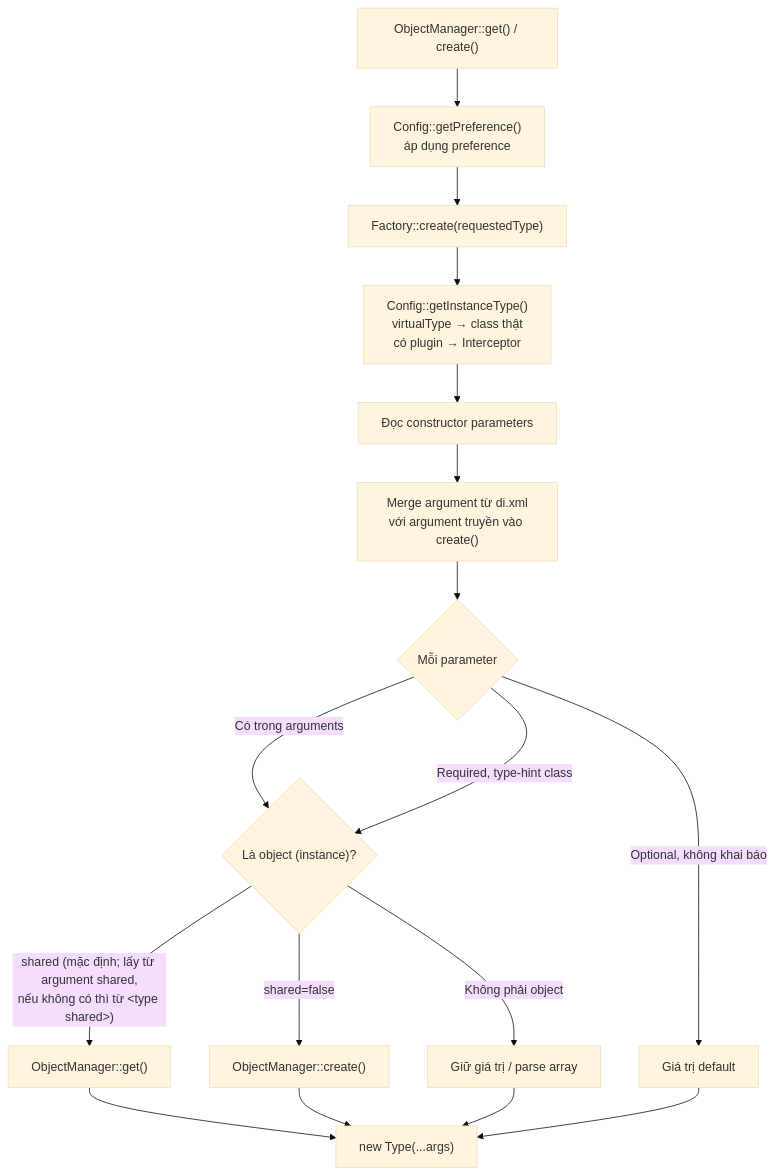
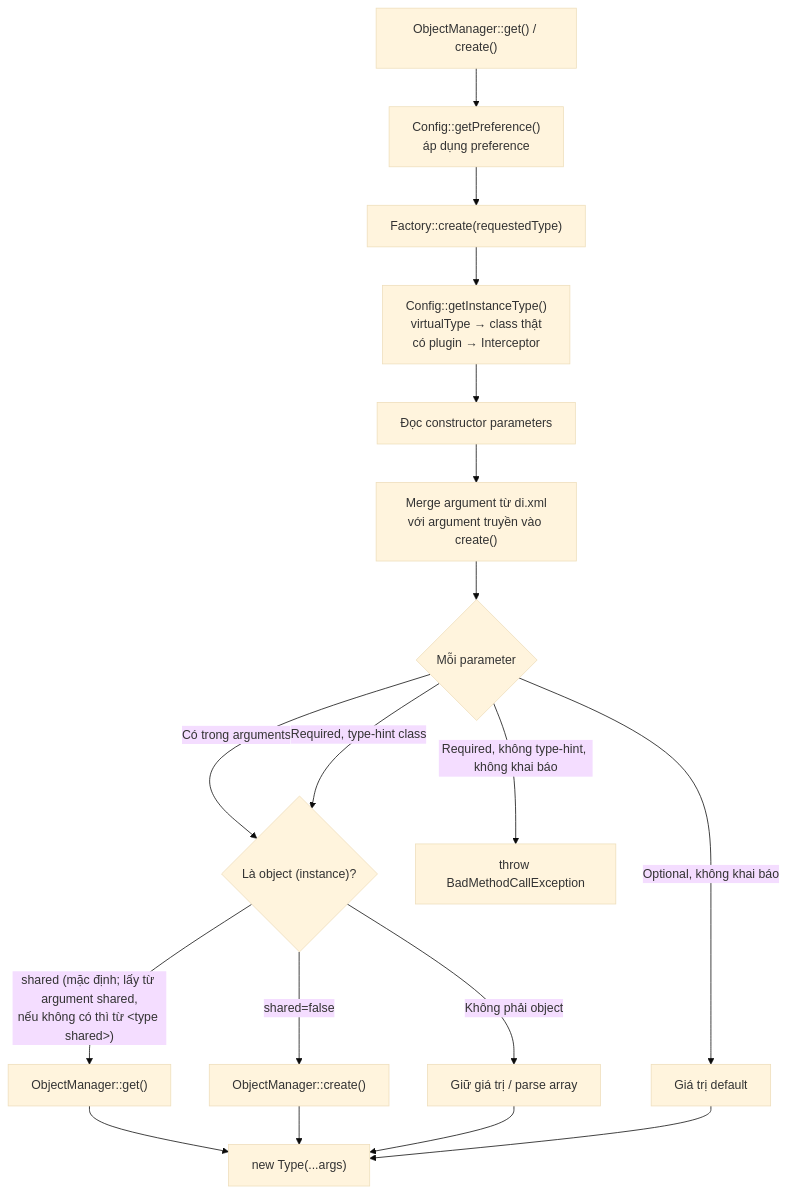
The diagram in Dev Docs/10. Magento/10. Knowledge Base/Architecture/DI & Interceptors/Dependency injection configuration.md (dpnam03/dev-doc), drawn with Mermaid (base theme) before and after one commit. The commit also changed other lines of this file and 41 other files, not shown here.

First line of the commit message:
magento-base-knowledge-architecture - Review and fix Architecture docs against Magento 2.4.8-p5

````diff
--- a/Dev Docs/10. Magento/10. Knowledge Base/Architecture/DI & Interceptors/Dependency injection configuration.md
+++ b/Dev Docs/10. Magento/10. Knowledge Base/Architecture/DI & Interceptors/Dependency injection configuration.md
@@ -95,19 +95,20 @@
 ```mermaid
 flowchart TD
     A["ObjectManager::get() / create()"] --> B["Config::getPreference()<br/>áp dụng preference"]
     B --> C["Factory::create(requestedType)"]
     C --> D["Config::getInstanceType()<br/>virtualType → class thật<br/>có plugin → Interceptor"]
     D --> E["Đọc constructor parameters"]
     E --> F["Merge argument từ di.xml<br/>với argument truyền vào create()"]
     F --> G{"Mỗi parameter"}
     G -- "Có trong arguments" --> H{"Là object (instance)?"}
     G -- "Required, type-hint class" --> H
     G -- "Optional, không khai báo" --> J["Giá trị default"]
+    G -- "Required, không type-hint, không khai báo" --> X["throw BadMethodCallException"]
     H -- "shared (mặc định; lấy từ argument shared,<br/>nếu không có thì từ &lt;type shared&gt;)" --> L["ObjectManager::get()"]
     H -- "shared=false" --> M["ObjectManager::create()"]
     H -- "Không phải object" --> N["Giữ giá trị / parse array"]
     L --> O["new Type(...args)"]
     M --> O
     N --> O
     J --> O
 ```
````
